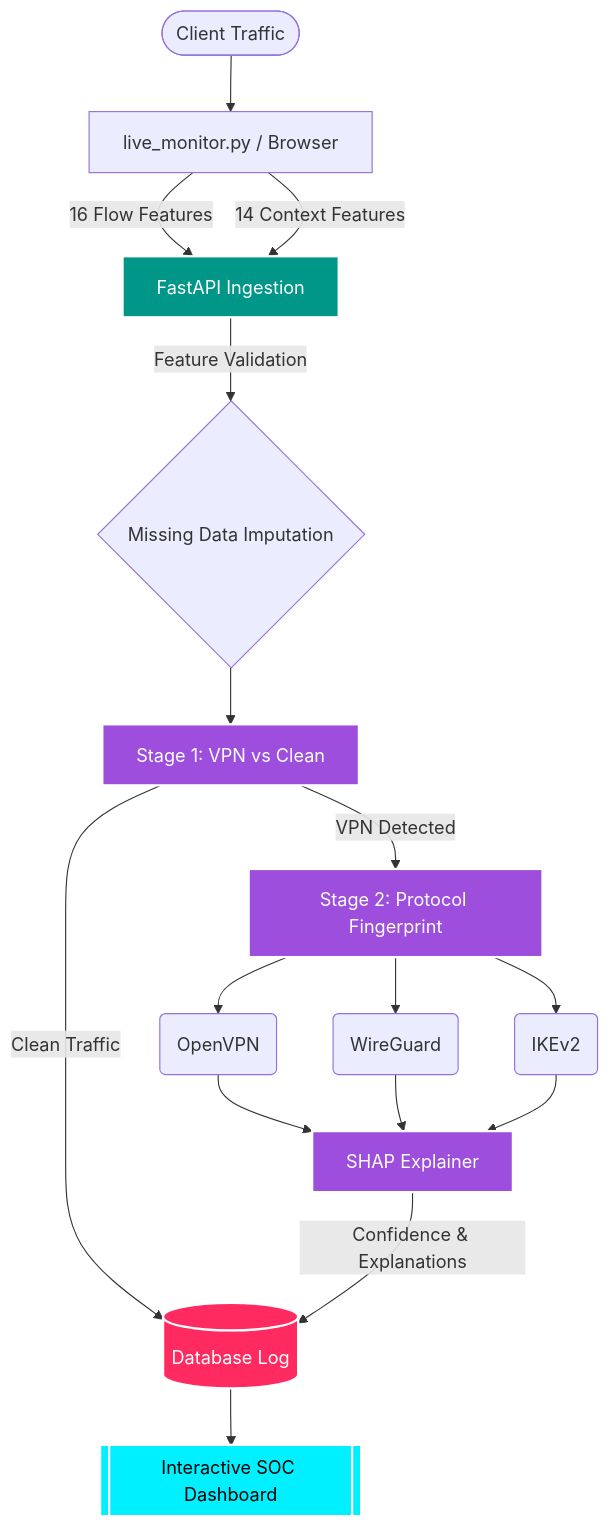
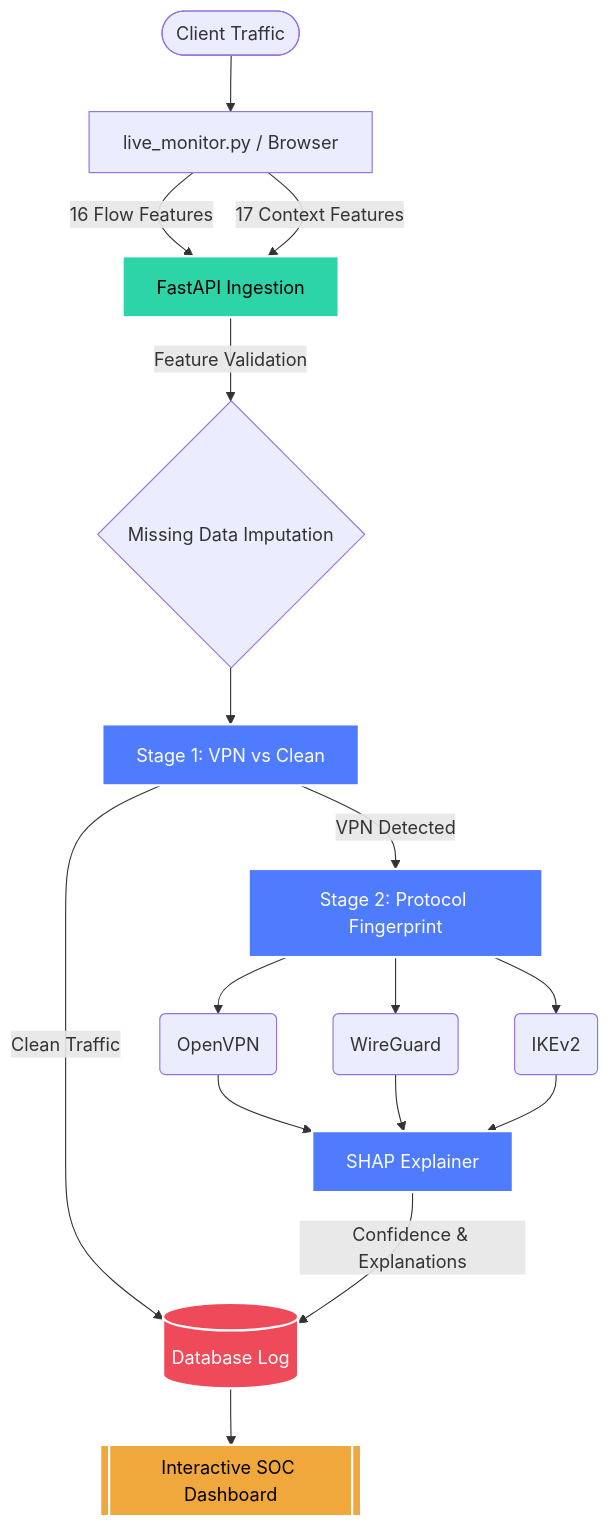
One commit to kevivek-cyber/vpn-sentinel changed the diagram in README.md. Above: the diagram before and after it, drawn with Mermaid. The commit also changed other lines of this file and 18 other files, not shown here.

````diff
--- a/README.md
+++ b/README.md
@@ -39,41 +60,41 @@
 ```mermaid
 graph TD
     %% Core Inputs
     Client([Client Traffic]) --> Sniffer[live_monitor.py / Browser]
     Sniffer --> |16 Flow Features| API[FastAPI Ingestion]
-    Sniffer --> |14 Context Features| API
+    Sniffer --> |17 Context Features| API
     
     %% Processing
     API --> |Feature Validation| Imputer{Missing Data Imputation}
     Imputer --> Stage1[Stage 1: VPN vs Clean]
     
     %% Stage 1 Logic
     Stage1 -->|Clean Traffic| DB[(Database Log)]
     Stage1 -->|VPN Detected| Stage2[Stage 2: Protocol Fingerprint]
     
     %% Stage 2 Logic
     Stage2 --> OpenVPN(OpenVPN)
     Stage2 --> WireGuard(WireGuard)
     Stage2 --> IKEv2(IKEv2)
     
     %% Explainability
     OpenVPN --> SHAP[SHAP Explainer]
     WireGuard --> SHAP
     IKEv2 --> SHAP
     
     SHAP --> |Confidence & Explanations| DB
     
     %% Output
     DB --> Dashboard[[Interactive SOC Dashboard]]
     
     %% Styling
-    classDef api fill:#009688,stroke:#fff,stroke-width:2px,color:#fff;
-    classDef model fill:#9d4edd,stroke:#fff,stroke-width:2px,color:#fff;
-    classDef db fill:#ff2a5f,stroke:#fff,stroke-width:2px,color:#fff;
-    classDef dash fill:#00f0ff,stroke:#fff,stroke-width:2px,color:#000;
+    classDef api fill:#2dd4a7,stroke:#fff,stroke-width:2px,color:#000;
+    classDef model fill:#4f7cff,stroke:#fff,stroke-width:2px,color:#fff;
+    classDef db fill:#ef4a5a,stroke:#fff,stroke-width:2px,color:#fff;
+    classDef dash fill:#f0a83c,stroke:#fff,stroke-width:2px,color:#000;
     
     class API api;
     class Stage1,Stage2,SHAP model;
     class DB db;
     class Dashboard dash;
 ```
````
